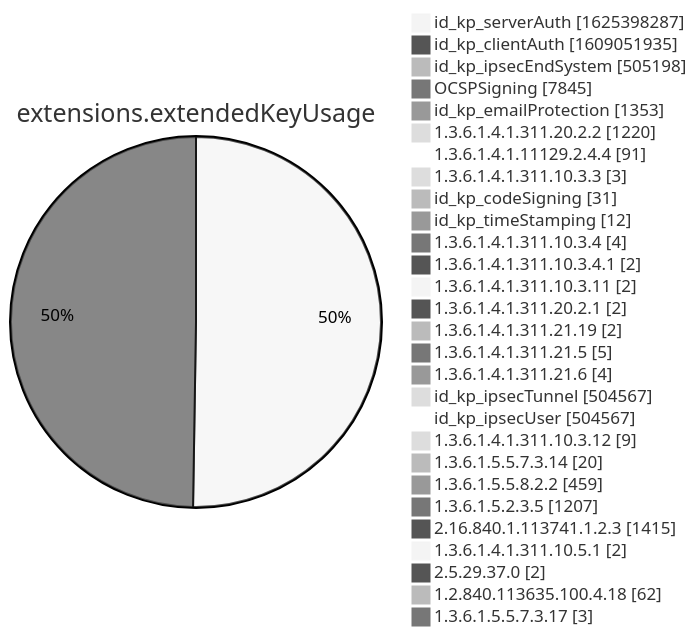
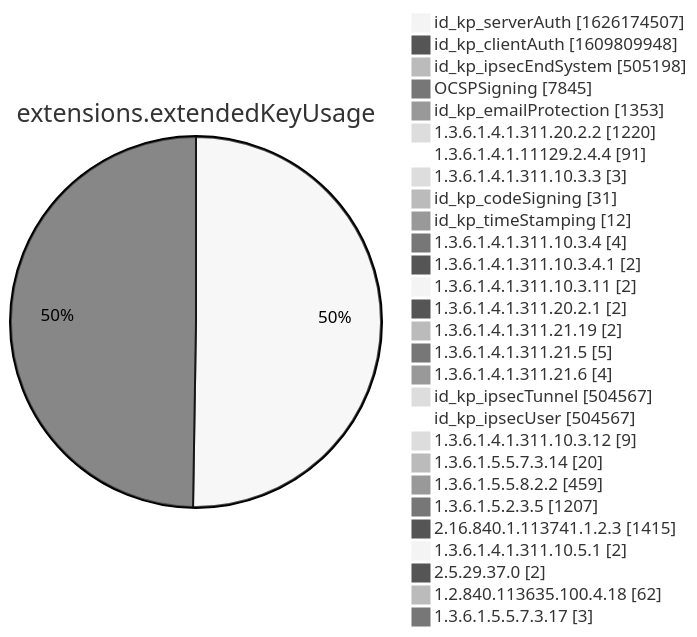
Diagram 12 of 15 in xenon2022/README.md (christiankrug/ctmonitor_visualization), drawn with Mermaid (neutral theme) before and after one commit. The commit also changed other lines of this file, not shown here.

````diff
--- a/xenon2022/README.md
+++ b/xenon2022/README.md
@@ -3886,32 +3886,32 @@
 ```mermaid
 pie showData
 title extensions.extendedKeyUsage
-"id_kp_serverAuth" :1625398287
-"id_kp_clientAuth" :1609051935
+"id_kp_serverAuth" :1626174507
+"id_kp_clientAuth" :1609809948
 "id_kp_ipsecEndSystem" :505198
 "OCSPSigning" :7845
 "id_kp_emailProtection" :1353
 "1.3.6.1.4.1.311.20.2.2" :1220
 "1.3.6.1.4.1.11129.2.4.4" :91
 "1.3.6.1.4.1.311.10.3.3" :3
 "id_kp_codeSigning" :31
 "id_kp_timeStamping" :12
 "1.3.6.1.4.1.311.10.3.4" :4
 "1.3.6.1.4.1.311.10.3.4.1" :2
 "1.3.6.1.4.1.311.10.3.11" :2
 "1.3.6.1.4.1.311.20.2.1" :2
 "1.3.6.1.4.1.311.21.19" :2
 "1.3.6.1.4.1.311.21.5" :5
 "1.3.6.1.4.1.311.21.6" :4
 "id_kp_ipsecTunnel" :504567
 "id_kp_ipsecUser" :504567
 "1.3.6.1.4.1.311.10.3.12" :9
 "1.3.6.1.5.5.7.3.14" :20
 "1.3.6.1.5.5.8.2.2" :459
 "1.3.6.1.5.2.3.5" :1207
 "2.16.840.1.113741.1.2.3" :1415
 "1.3.6.1.4.1.311.10.5.1" :2
 "2.5.29.37.0" :2
 "1.2.840.113635.100.4.18" :62
 "1.3.6.1.5.5.7.3.17" :3
 ```
````
